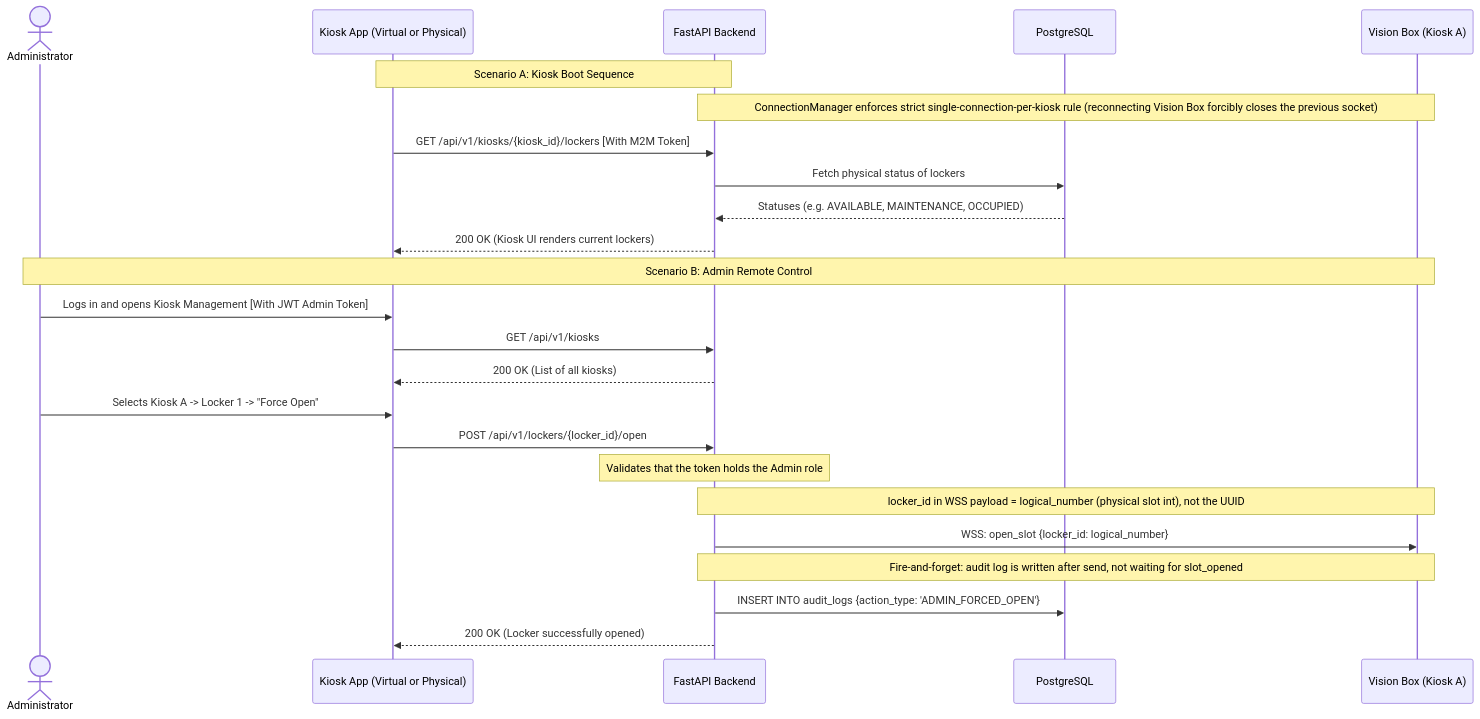
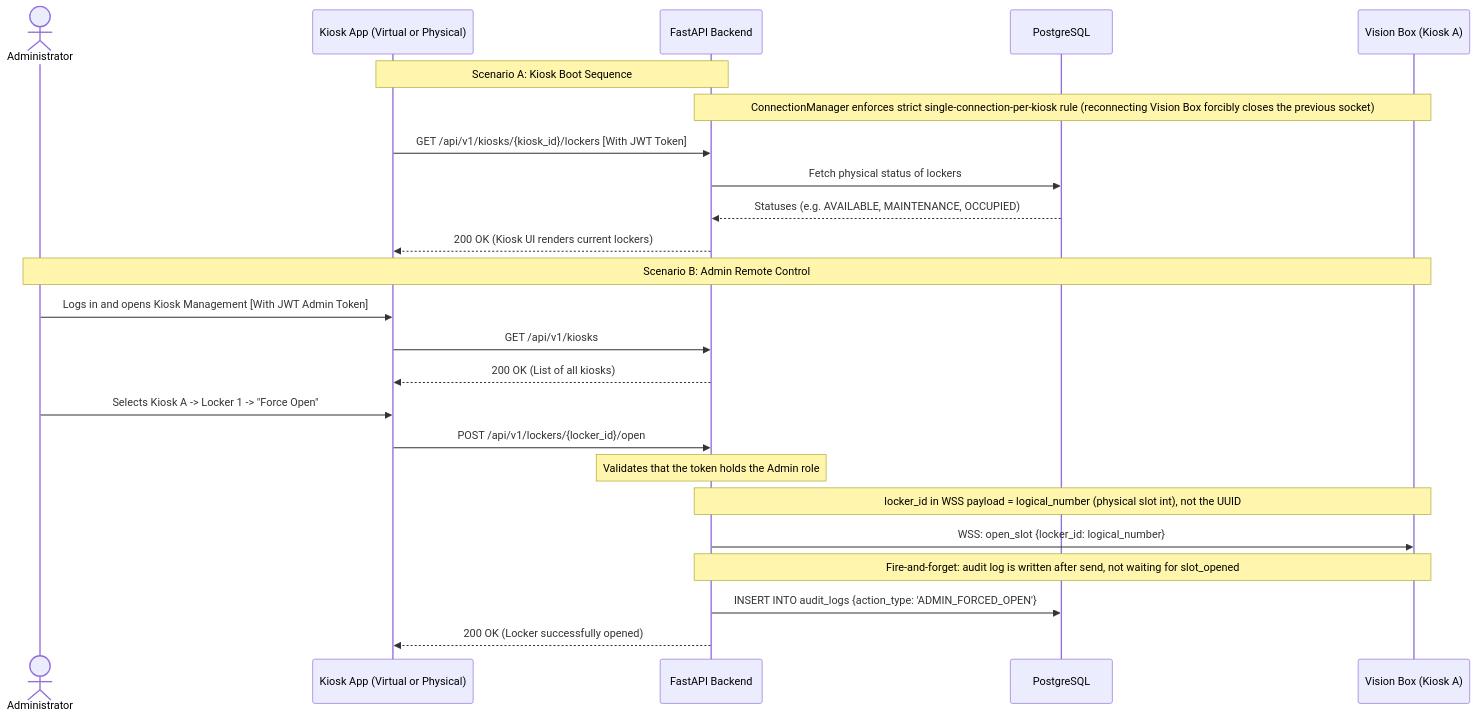
The diagram in docs/diagrams/sequence_admin_sync.mmd (easylend-practice-enterprise/easylend), drawn with Mermaid before and after one commit. The commit also changed 5 other files, not shown here.

Commit message:
chore: resolve final architectural edge cases (locks, logs, docs)

```diff
--- a/docs/diagrams/sequence_admin_sync.mmd
+++ b/docs/diagrams/sequence_admin_sync.mmd
@@ -1,27 +1,27 @@
 sequenceDiagram
     actor Admin as Administrator
     participant App as Kiosk App (Virtual or Physical)
     participant API as FastAPI Backend
     participant DB as PostgreSQL
     participant VB as Vision Box (Kiosk A)
 
     Note over App,API: Scenario A: Kiosk Boot Sequence
     Note over API,VB: ConnectionManager enforces strict single-connection-per-kiosk rule (reconnecting Vision Box forcibly closes the previous socket)
-    App->>API: GET /api/v1/kiosks/{kiosk_id}/lockers [With M2M Token]
+    App->>API: GET /api/v1/kiosks/{kiosk_id}/lockers [With JWT Token]
     API->>DB: Fetch physical status of lockers
     DB-->>API: Statuses (e.g. AVAILABLE, MAINTENANCE, OCCUPIED)
     API-->>App: 200 OK (Kiosk UI renders current lockers)
 
     Note over Admin,VB: Scenario B: Admin Remote Control
     Admin->>App: Logs in and opens Kiosk Management [With JWT Admin Token]
     App->>API: GET /api/v1/kiosks
     API-->>App: 200 OK (List of all kiosks)
 
     Admin->>App: Selects Kiosk A -> Locker 1 -> "Force Open"
     App->>API: POST /api/v1/lockers/{locker_id}/open
     Note over API: Validates that the token holds the Admin role
     Note over API,VB: locker_id in WSS payload = logical_number (physical slot int), not the UUID
     API->>VB: WSS: open_slot {locker_id: logical_number}
     Note over API,VB: Fire-and-forget: audit log is written after send, not waiting for slot_opened
     API->>DB: INSERT INTO audit_logs {action_type: 'ADMIN_FORCED_OPEN'}
     API-->>App: 200 OK (Locker successfully opened)
```
